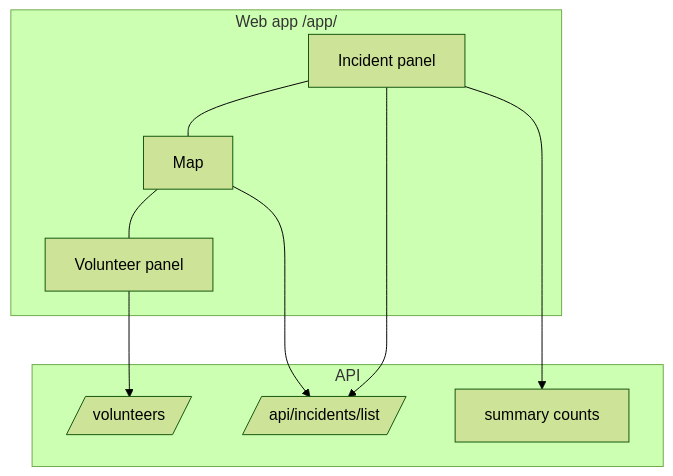
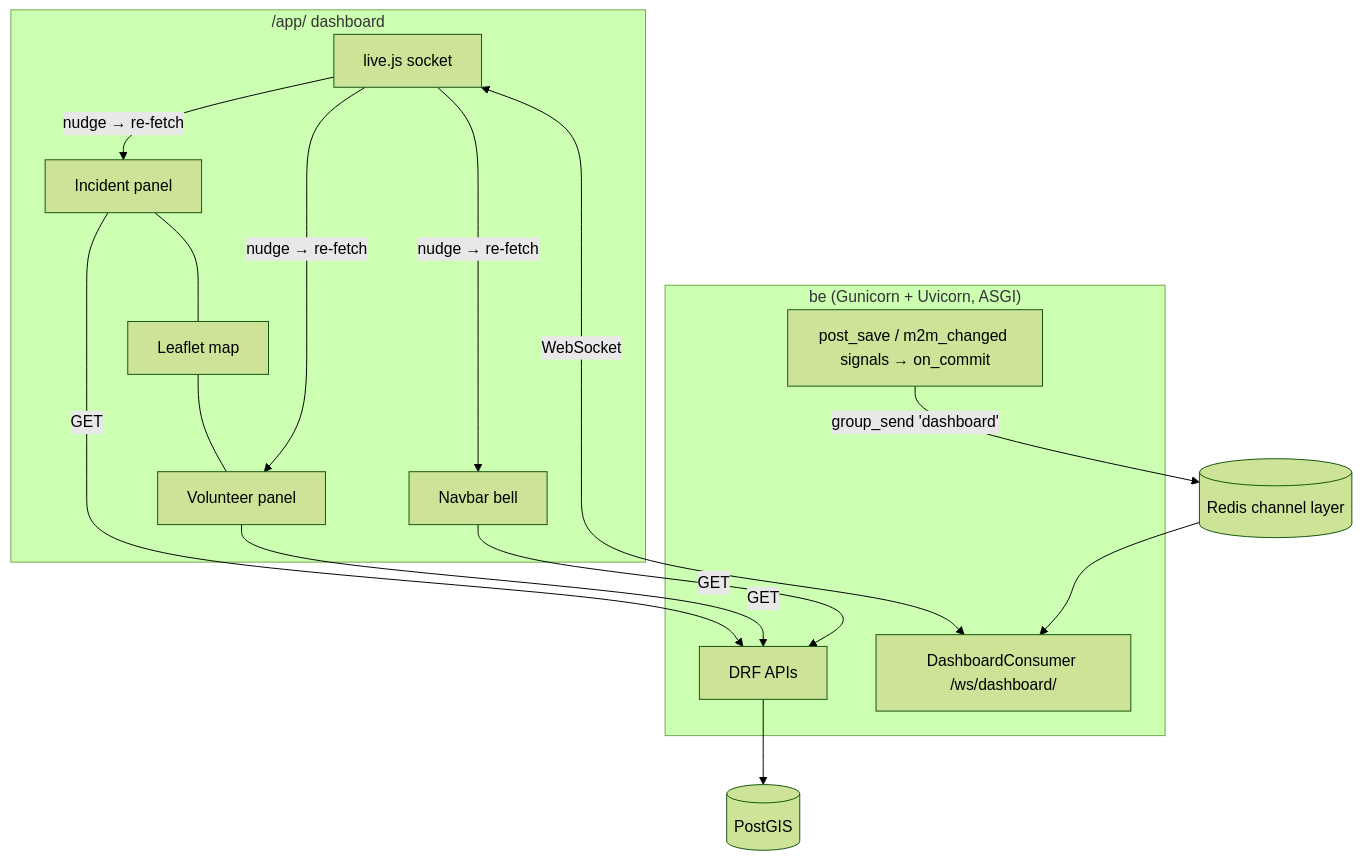
Before and after one commit to skfarhad/hazard_reporting_system: the first of 2 diagrams in agent-os/specs/2026-11-04-live-dashboard/spec.md, drawn with Mermaid (forest theme). The commit also changed other lines of this file and 2 other files, not shown here.

Commit message:
chore(live-dashboard): plan spec, tasks and orchestration

````diff
--- a/agent-os/specs/2026-11-04-live-dashboard/spec.md
+++ b/agent-os/specs/2026-11-04-live-dashboard/spec.md
@@ -47,16 +94,20 @@
 ```mermaid
 graph TB
-    subgraph "Web app /app/"
-        L[Incident panel] --- M[Map]
-        M --- R[Volunteer panel]
+    subgraph Browser["/app/ dashboard"]
+        IP[Incident panel] --- MAP[Leaflet map] --- VP[Volunteer panel]
+        WS[live.js socket]
+        BELL[Navbar bell]
     end
-    subgraph "API"
-        I[/api/incidents/list/]
-        S[summary counts]
-        V[/volunteers/]
+    subgraph be["be (Gunicorn + Uvicorn, ASGI)"]
+        API[DRF APIs]
+        CONS[DashboardConsumer /ws/dashboard/]
+        SIG[post_save / m2m_changed signals → on_commit]
     end
-    L --> I
-    L --> S
-    R --> V
-    M --> I
+    REDIS[(Redis channel layer)]
+    DB[(PostGIS)]
+    IP & VP & BELL -->|GET| API
+    WS <-->|WebSocket| CONS
+    API --> DB
+    SIG -->|group_send 'dashboard'| REDIS --> CONS
+    WS -->|nudge → re-fetch| IP & VP & BELL
 ```
````
